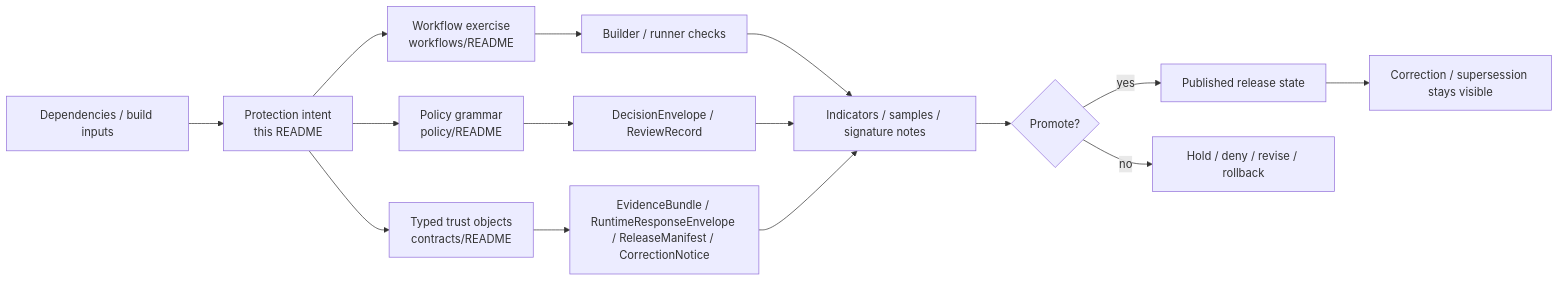
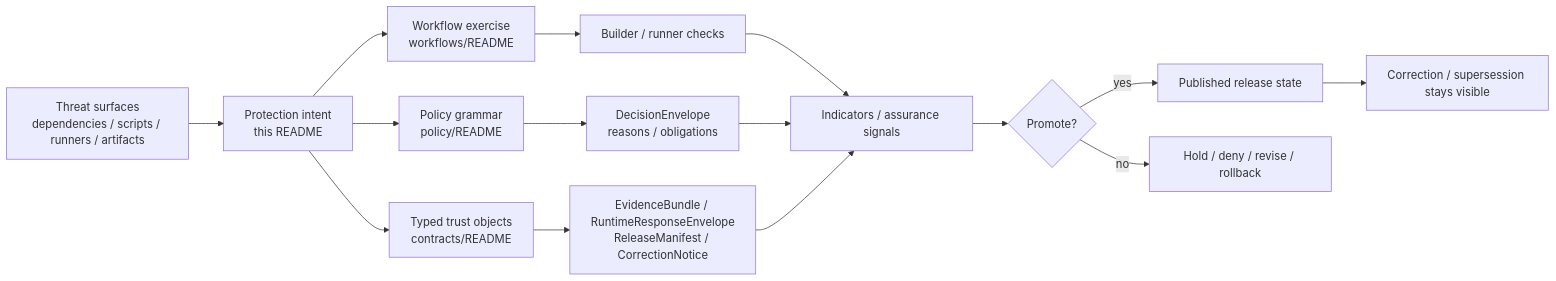
One commit to bartytime4life/Kansas-Frontier-Matrix changed the diagram in docs/security/supply-chain/shai-hulud-2.0/protections/README.md. Above: the diagram before and after it, drawn with Mermaid. The commit also changed other lines of this file, not shown here.

````diff
--- a/docs/security/supply-chain/shai-hulud-2.0/protections/README.md
+++ b/docs/security/supply-chain/shai-hulud-2.0/protections/README.md
@@ -170,21 +164,21 @@
 ```mermaid
 flowchart LR
-    A[Dependencies / build inputs] --> B[Protection intent<br/>this README]
+    A[Threat surfaces<br/>dependencies / scripts / runners / artifacts] --> B[Protection intent<br/>this README]
     B --> C[Workflow exercise<br/>workflows/README]
     B --> D[Policy grammar<br/>policy/README]
     B --> E[Typed trust objects<br/>contracts/README]
 
     C --> F[Builder / runner checks]
-    D --> G[DecisionEnvelope / ReviewRecord]
-    E --> H[EvidenceBundle / RuntimeResponseEnvelope / ReleaseManifest / CorrectionNotice]
+    D --> G[DecisionEnvelope<br/>reasons / obligations]
+    E --> H[EvidenceBundle / RuntimeResponseEnvelope<br/>ReleaseManifest / CorrectionNotice]
 
-    F --> I[Indicators / samples / signature notes]
+    F --> I[Indicators / assurance signals]
     G --> I
     H --> I
 
     I --> J{Promote?}
     J -- yes --> K[Published release state]
     J -- no --> L[Hold / deny / revise / rollback]
 
     K --> M[Correction / supersession stays visible]
 ```
````
